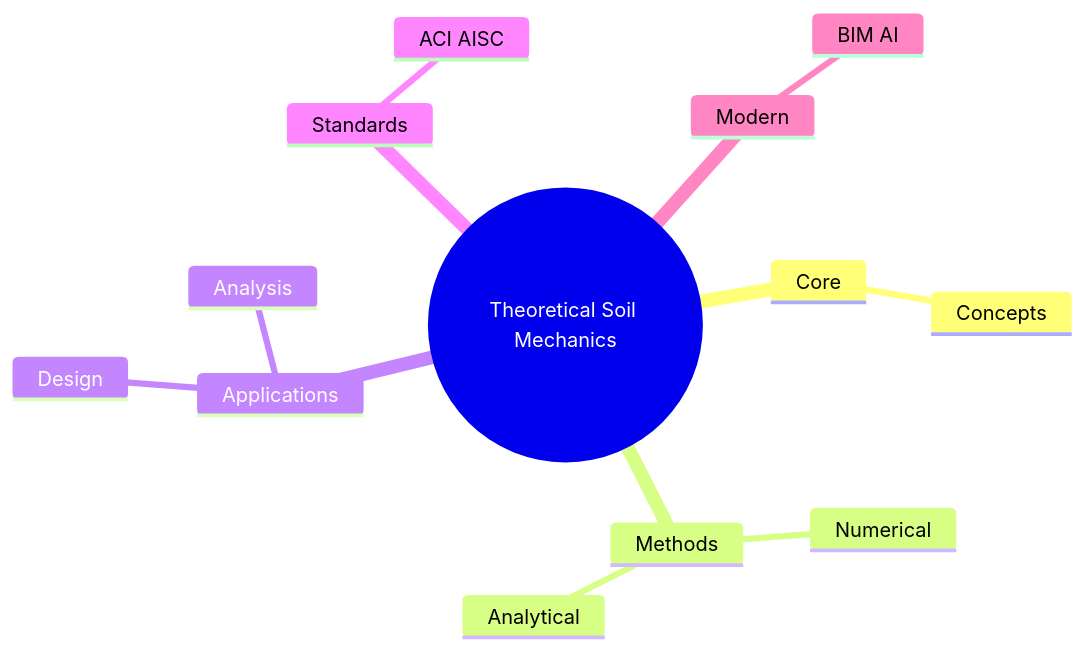
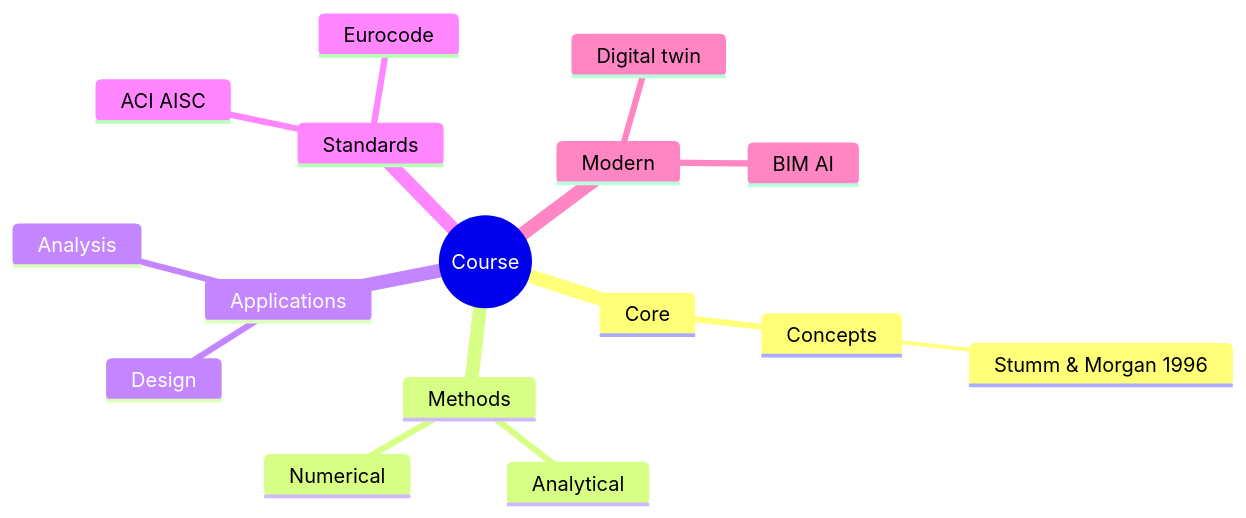
The second of 6 diagrams in MIT_CEE_MEng_SMD/13_1.351_Theoretical_Soil_Mechanics.md (yip-lgtm/civil-bootcamp), drawn with Mermaid before and after one commit. The commit also changed other lines of this file and 56 other files, not shown here.

````diff
--- a/MIT_CEE_MEng_SMD/13_1.351_Theoretical_Soil_Mechanics.md
+++ b/MIT_CEE_MEng_SMD/13_1.351_Theoretical_Soil_Mechanics.md
@@ -261,16 +441,19 @@
 ```mermaid
 mindmap
-    root((Theoretical Soil Mechanics))
-      Core
-        Concepts
-      Methods
-        Analytical
-        Numerical
-      Applications
-        Design
-        Analysis
-      Standards
-        ACI AISC
-      Modern
-        BIM AI
+  root((Course))
+    Core
+      Concepts
+        Stumm & Morgan 1996
+    Methods
+      Analytical
+      Numerical
+    Applications
+      Design
+      Analysis
+    Standards
+      ACI AISC
+      Eurocode
+    Modern
+      BIM AI
+      Digital twin
 ```
````
